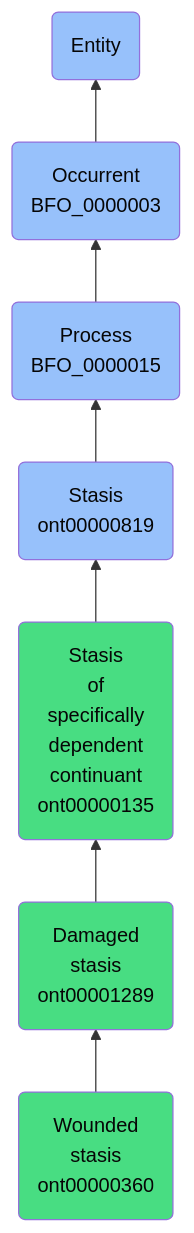
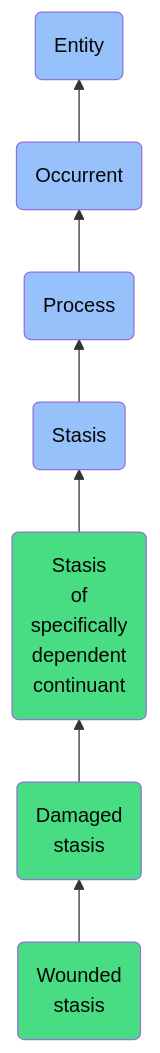
One commit to jupyter-naas/abi changed the diagram in docs/ontology/reference/model/Entity/Occurrent/Process/Stasis/Stasis of specifically dependent continuant/Damaged stasis/Wounded stasis/Wounded stasis.md. Above: the diagram before and after it, drawn with Mermaid. The commit also changed other lines of this file and 1430 other files, not shown here.

````diff
--- a/docs/ontology/reference/model/Entity/Occurrent/Process/Stasis/Stasis of specifically dependent continuant/Damaged stasis/Wounded stasis/Wounded stasis.md
+++ b/docs/ontology/reference/model/Entity/Occurrent/Process/Stasis/Stasis of specifically dependent continuant/Damaged stasis/Wounded stasis/Wounded stasis.md
@@ -24,14 +24,14 @@
 ```mermaid
 graph BT
-    ont00000360(Wounded<br>stasis<br>ont00000360):::ABI-->ont00001289
-    ont00001289(Damaged<br>stasis<br>ont00001289):::ABI-->ont00000135
-    ont00000135(Stasis<br>of<br>specifically<br>dependent<br>continuant<br>ont00000135):::ABI-->ont00000819
-    ont00000819(Stasis<br>ont00000819):::BFO-->BFO_0000015
-    BFO_0000015(Process<br>BFO_0000015):::BFO-->BFO_0000003
-    BFO_0000003(Occurrent<br>BFO_0000003):::BFO-->BFO_0000001
+    ont00000360(Wounded<br>stasis):::ABI-->ont00001289
+    ont00001289(Damaged<br>stasis):::ABI-->ont00000135
+    ont00000135(Stasis<br>of<br>specifically<br>dependent<br>continuant):::ABI-->ont00000819
+    ont00000819(Stasis):::BFO-->BFO_0000015
+    BFO_0000015(Process):::BFO-->BFO_0000003
+    BFO_0000003(Occurrent):::BFO-->BFO_0000001
     BFO_0000001(Entity):::BFO
     
     classDef BFO fill:#97c1fb,color:#060606
     classDef CCO fill:#e4c51e,color:#060606
     classDef ABI fill:#48DD82,color:#060606
 ```
````
